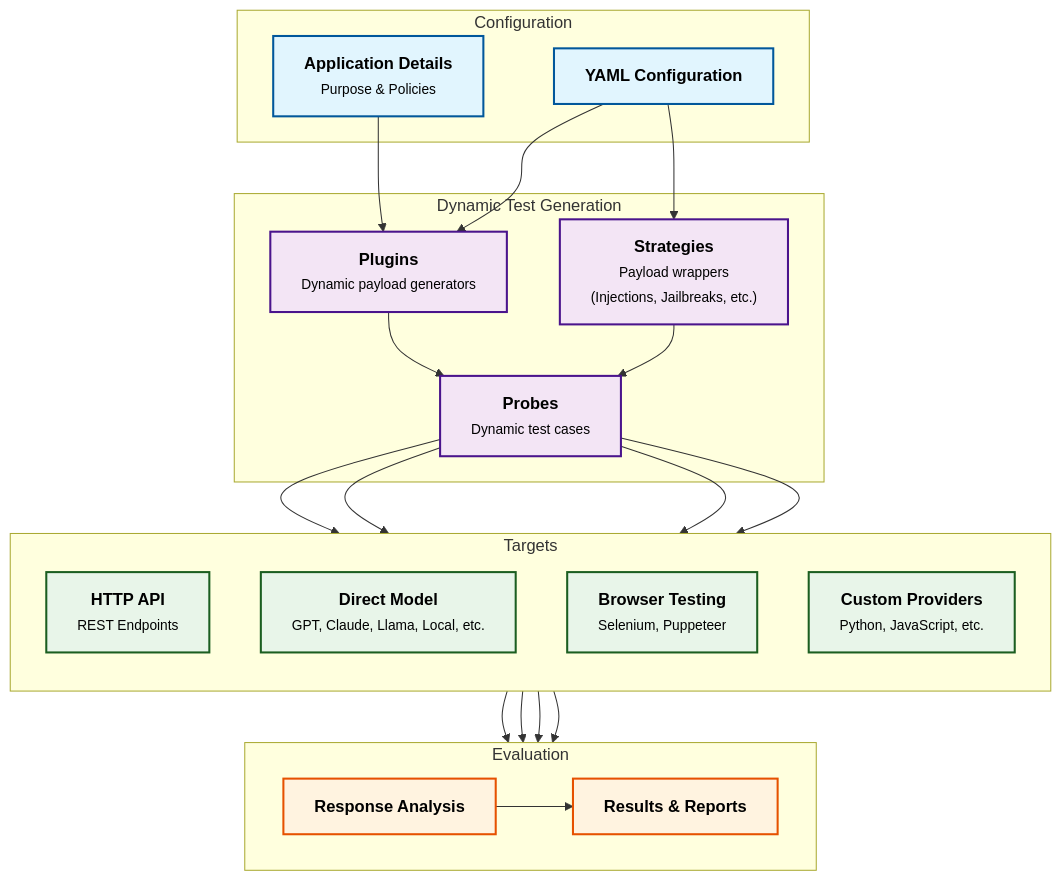
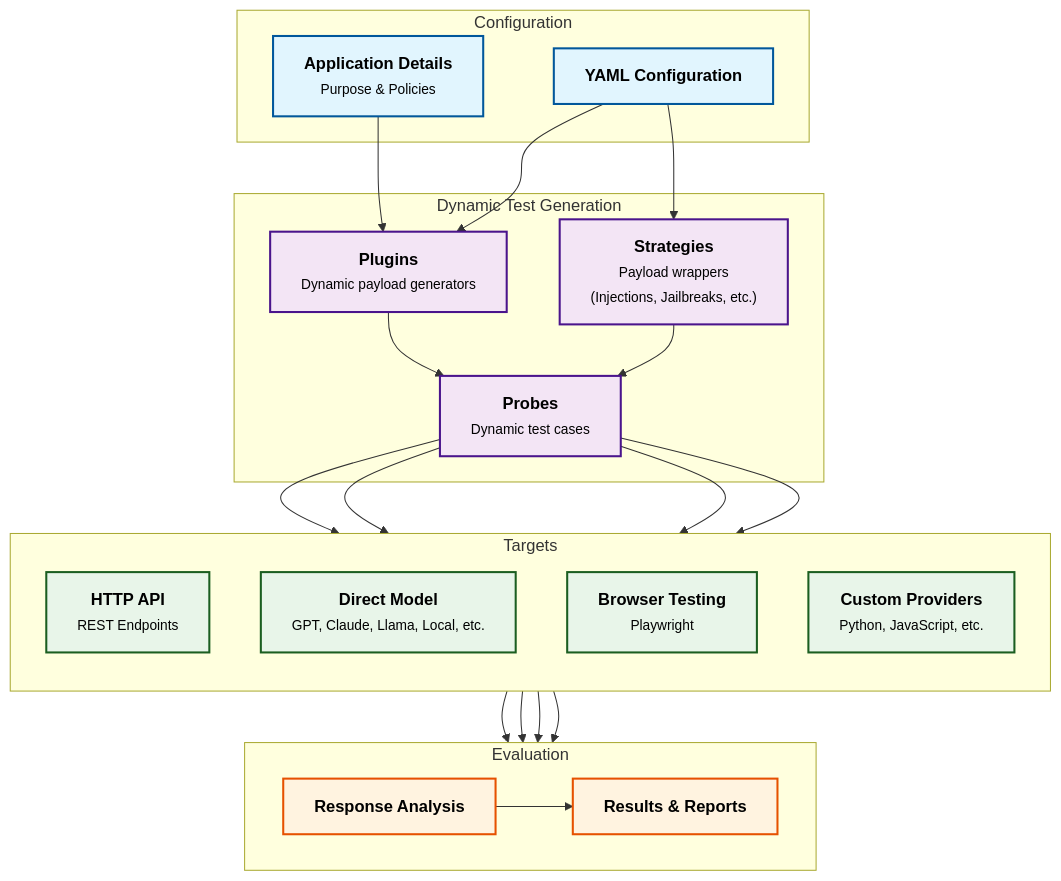
Before and after one commit to promptfoo/promptfoo: the first of 2 diagrams in site/docs/red-team/architecture.md, drawn with Mermaid. The commit also changed other lines of this file and 19 other files, not shown here.

```diff
--- a/site/docs/red-team/architecture.md
+++ b/site/docs/red-team/architecture.md
@@ -48,7 +46,7 @@
         direction TB
         API["<strong>HTTP API</strong><br/><small>REST Endpoints</small>"]
         Model["<strong>Direct Model</strong><br/><small>GPT, Claude, Llama, Local, etc.</small>"]
-        Browser["<strong>Browser Testing</strong><br/><small>Selenium, Puppeteer</small>"]
+        Browser["<strong>Browser Testing</strong><br/><small>Playwright</small>"]
         Provider["<strong>Custom Providers</strong><br/><small>Python, JavaScript, etc.</small>"]
     end
 
```
